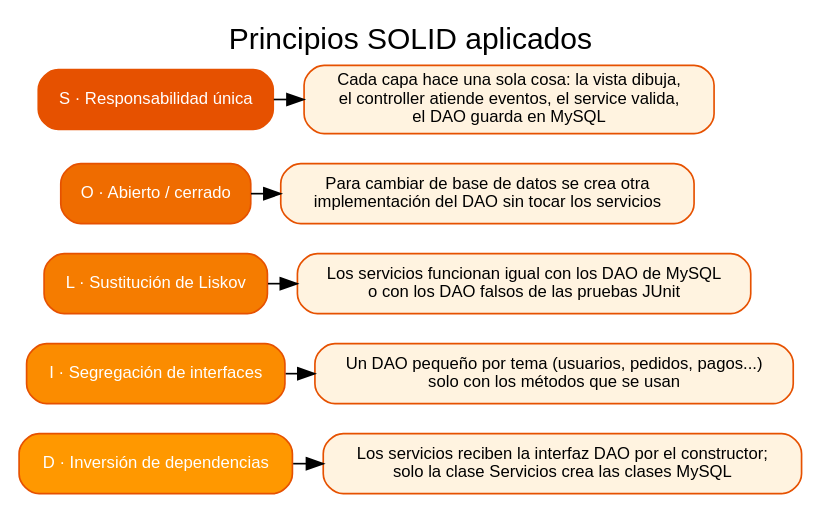
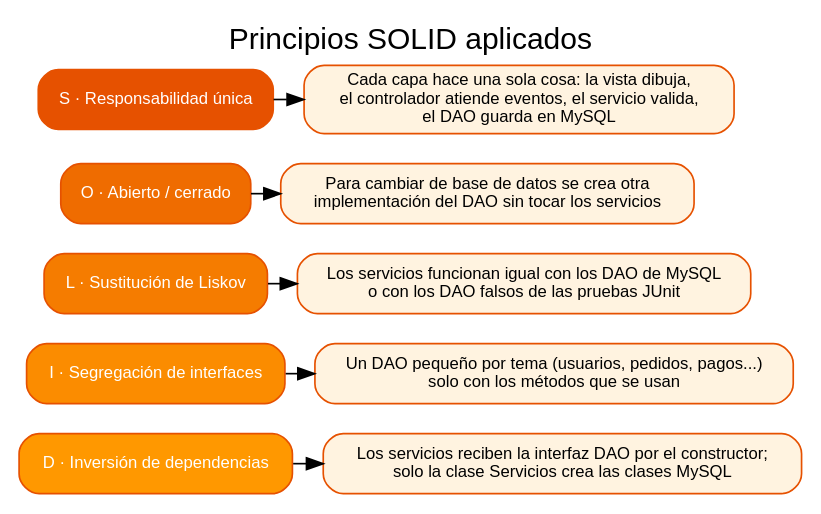
One commit to tonylee-ops/don-caffeto-apf3 changed the diagram in docs/diagramas/solid.dot. Above: the diagram before and after it, drawn with Graphviz. The commit also changed 317 other files, not shown here.

First line of the commit message:
Paquetes renombrados: mvc, controlador, modelo y vista

```diff
--- a/docs/diagramas/solid.dot
+++ b/docs/diagramas/solid.dot
@@ -1,17 +1,17 @@
 digraph SOLID {
   rankdir=TB; fontname="Helvetica"; label="Principios SOLID aplicados"; labelloc=t; fontsize=18; ranksep=0.25;
   node [shape=box, style="rounded,filled", fontname="Helvetica", fontsize=10, color="#E65100"];
   S [label="S · Responsabilidad única", fillcolor="#E65100", fontcolor=white];
   O [label="O · Abierto / cerrado", fillcolor="#EF6C00", fontcolor=white];
   L [label="L · Sustitución de Liskov", fillcolor="#F57C00", fontcolor=white];
   I [label="I · Segregación de interfaces", fillcolor="#FB8C00", fontcolor=white];
   D [label="D · Inversión de dependencias", fillcolor="#FF9800", fontcolor=white];
   node [fillcolor="#FFF3E0"];
-  S1 [label="Cada capa hace una sola cosa: la vista dibuja,\nel controller atiende eventos, el service valida,\nel DAO guarda en MySQL"];
+  S1 [label="Cada capa hace una sola cosa: la vista dibuja,\nel controlador atiende eventos, el servicio valida,\nel DAO guarda en MySQL"];
   O1 [label="Para cambiar de base de datos se crea otra\nimplementación del DAO sin tocar los servicios"];
   L1 [label="Los servicios funcionan igual con los DAO de MySQL\no con los DAO falsos de las pruebas JUnit"];
   I1 [label="Un DAO pequeño por tema (usuarios, pedidos, pagos...)\nsolo con los métodos que se usan"];
   D1 [label="Los servicios reciben la interfaz DAO por el constructor;\nsolo la clase Servicios crea las clases MySQL"];
   {rank=same; S; S1} {rank=same; O; O1} {rank=same; L; L1} {rank=same; I; I1} {rank=same; D; D1}
   S -> S1; O -> O1; L -> L1; I -> I1; D -> D1; S -> O -> L -> I -> D [style=invis];
 }
```
